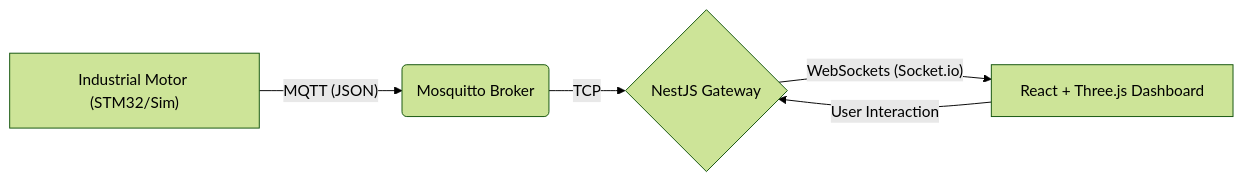
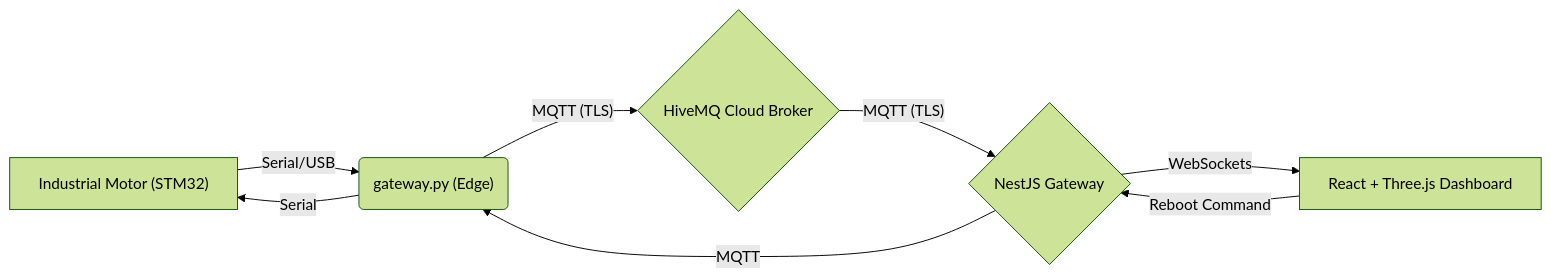
One commit to AyyanYe/industrial-digital-twin changed the diagram in README.md. Above: the diagram before and after it, drawn with Mermaid (forest theme). The commit also changed other lines of this file and 12 other files, not shown here.

`````diff
--- a/README.md
+++ b/README.md
@@ -17,7 +17,10 @@
 ```mermaid
 graph LR
-    A["Industrial Motor (STM32/Sim)"] -- "MQTT (JSON)" --> B("Mosquitto Broker")
-    B -- "TCP" --> C{"NestJS Gateway"}
-    C -- "WebSockets (Socket.io)" --> D["React + Three.js Dashboard"]
-    D -- "User Interaction" --> C
-````
+    A["Industrial Motor (STM32)"] -- "Serial/USB" --> B("gateway.py (Edge)")
+    B -- "MQTT (TLS)" --> C{"HiveMQ Cloud Broker"}
+    C -- "MQTT (TLS)" --> D{"NestJS Gateway"}
+    D -- "WebSockets" --> E["React + Three.js Dashboard"]
+    E -- "Reboot Command" --> D
+    D -- "MQTT" --> B
+    B -- "Serial" --> A
+```
`````
